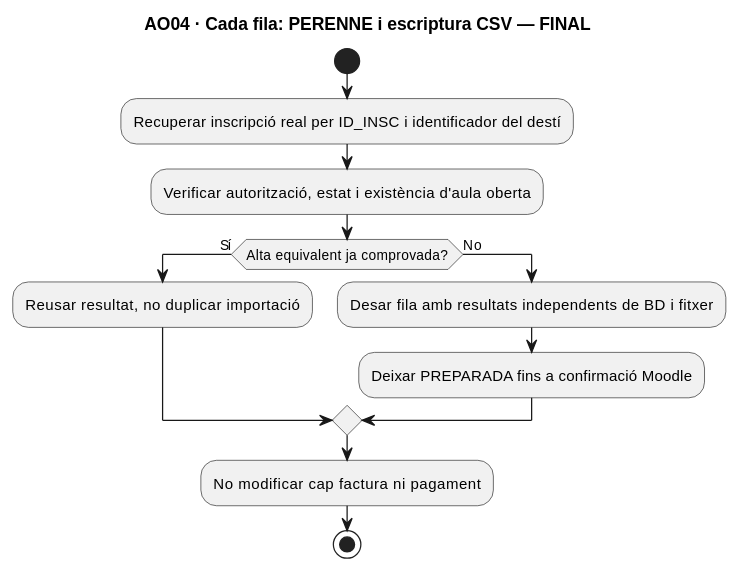
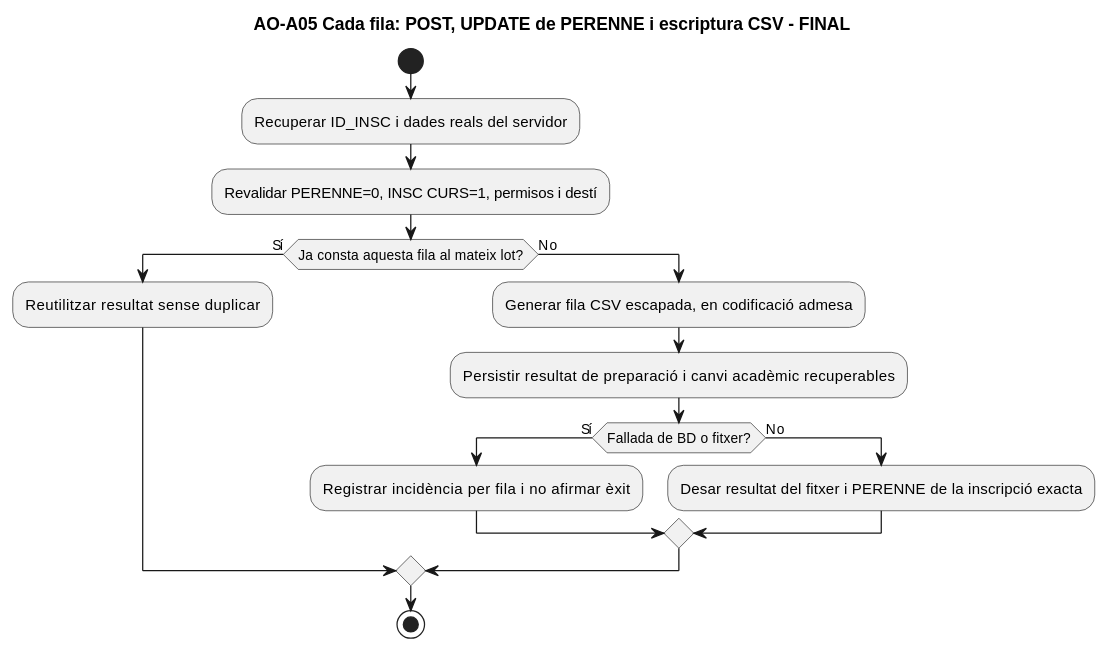
One commit to orgmeriemprismacat-del/verifactu changed diagram 12 of 20 in documentacio/07-uml-integrat/uc-moodle-aules-obertes-fitxa-activitats.md. Above: the diagram before and after it, drawn with PlantUML. The commit also changed other lines of this file, not shown here.

Commit message:
docs: complete exact open-class URL with full functional UML, 16 actual/final page and section activity diagrams

````diff
--- a/documentacio/07-uml-integrat/uc-moodle-aules-obertes-fitxa-activitats.md
+++ b/documentacio/07-uml-integrat/uc-moodle-aules-obertes-fitxa-activitats.md
@@ -255,16 +359,20 @@
 ```plantuml
 @startuml
-title AO04 · Cada fila: PERENNE i escriptura CSV — FINAL
+title AO-A05 Cada fila: POST, UPDATE de PERENNE i escriptura CSV - FINAL
 start
-:Recuperar inscripció real per ID_INSC i identificador del destí;
-:Verificar autorització, estat i existència d'aula oberta;
-if (Alta equivalent ja comprovada?) then (Sí)
- :Reusar resultat, no duplicar importació;
+:Recuperar ID_INSC i dades reals del servidor;
+:Revalidar PERENNE=0, INSC CURS=1, permisos i destí;
+if (Ja consta aquesta fila al mateix lot?) then (Sí)
+ :Reutilitzar resultat sense duplicar;
 else (No)
- :Desar fila amb resultats independents de BD i fitxer;
- :Deixar PREPARADA fins a confirmació Moodle;
+ :Generar fila CSV escapada, en codificació admesa;
+ :Persistir resultat de preparació i canvi acadèmic recuperables;
+ if (Fallada de BD o fitxer?) then (Sí)
+  :Registrar incidència per fila i no afirmar èxit;
+ else (No)
+  :Desar resultat del fitxer i PERENNE de la inscripció exacta;
+ endif
 endif
-:No modificar cap factura ni pagament;
 stop
 @enduml
 ```
````
